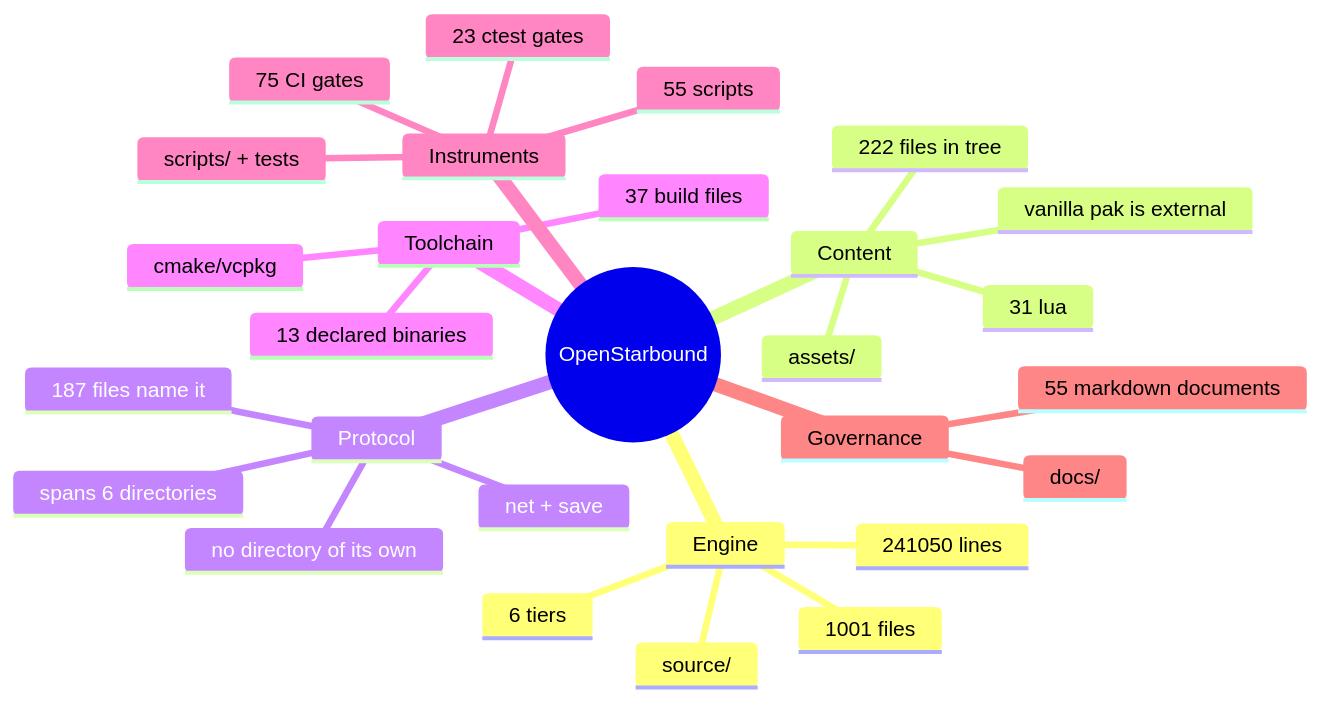
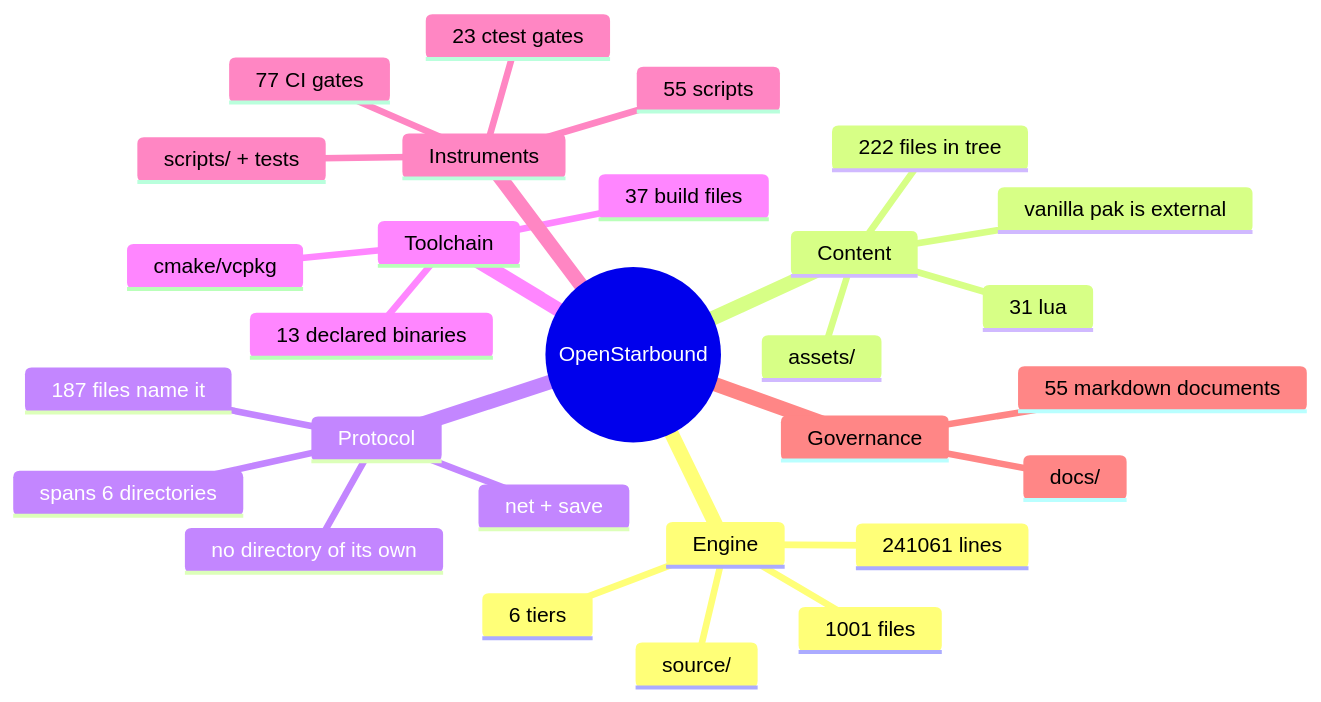
The second of 11 diagrams in docs/architecture/system-boundaries.md (apnex/OpenStarbound), drawn with Mermaid before and after one commit. The commit also changed other lines of this file and 4 other files, not shown here.

````diff
--- a/docs/architecture/system-boundaries.md
+++ b/docs/architecture/system-boundaries.md
@@ -166,31 +166,31 @@
 ```mermaid
 mindmap
   root((OpenStarbound))
     Engine
       source/
       1001 files
-      241050 lines
+      241061 lines
       6 tiers
     Content
       assets/
       222 files in tree
       31 lua
       vanilla pak is external
     Protocol
       net + save
       187 files name it
       spans 6 directories
       no directory of its own
     Toolchain
       cmake/vcpkg
       37 build files
       13 declared binaries
     Instruments
       scripts/ + tests
       55 scripts
       23 ctest gates
-      75 CI gates
+      77 CI gates
     Governance
       docs/
       55 markdown documents
 ```
````
